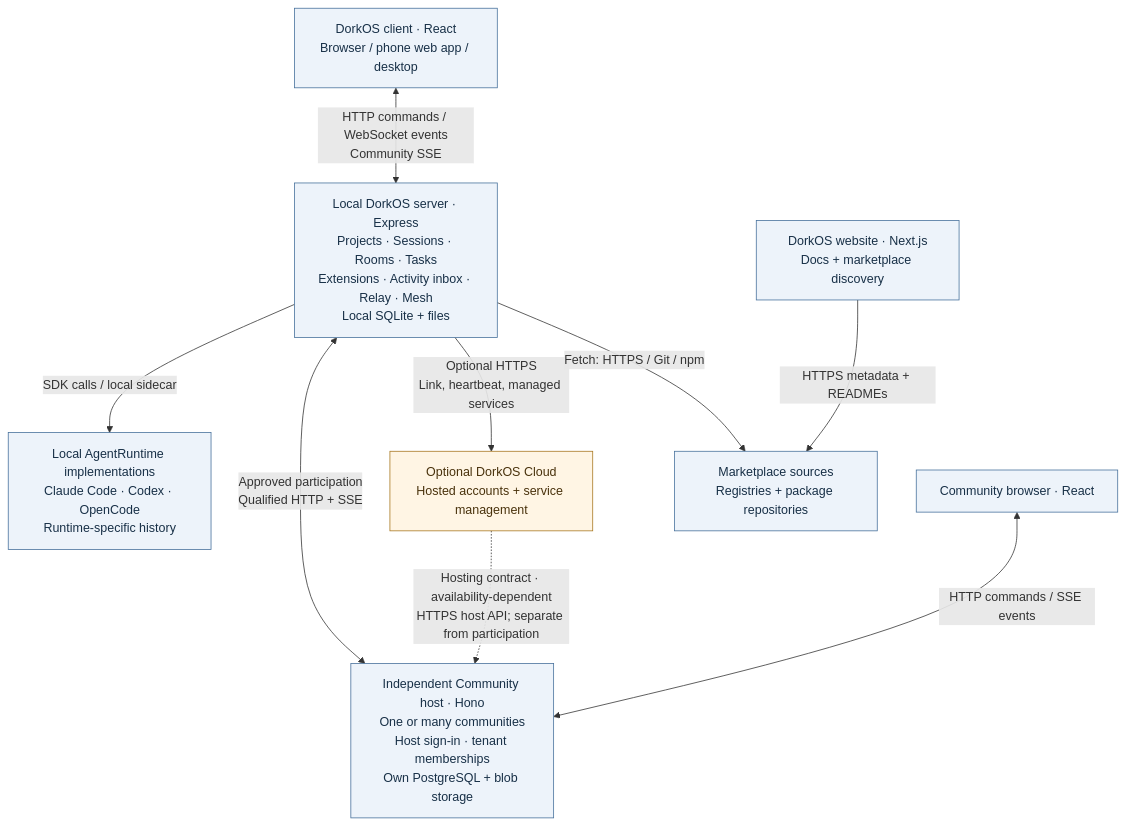
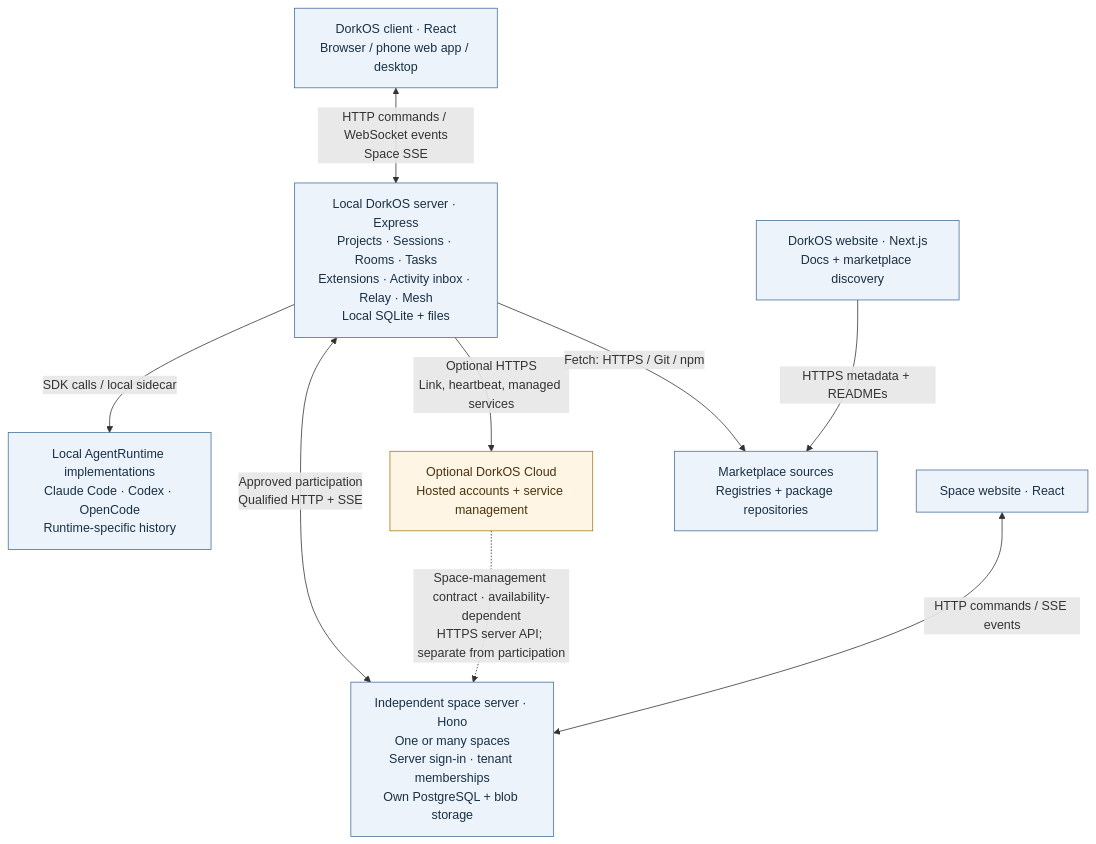
Before and after one commit to dork-labs/dorkos: the diagram in contributing/diagrams/architecture/system-context.mmd, drawn with Mermaid. The commit also changed 174 other files, not shown here.

First line of the commit message:
Say space on the space website and in the launcher output (DOR-2653) (#2477)

```diff
--- a/contributing/diagrams/architecture/system-context.mmd
+++ b/contributing/diagrams/architecture/system-context.mmd
@@ -1,23 +1,23 @@
 flowchart TB
   accTitle: DorkOS systems and deployment boundaries
-  accDescr: The client reaches the local execution server. Independent Community hosts serve multiple communities. Cloud hosting management uses a separate public host API contract; rollout is independent of local implementation. Marketplace discovery and installation use the same package sources.
+  accDescr: The client reaches the local execution server. Independent space servers serve one or many spaces. Cloud space management uses a separate public server API contract; rollout is independent of local implementation. Marketplace discovery and installation use the same package sources.
   client["DorkOS client · React<br/>Browser / phone web app / desktop"]
   server["Local DorkOS server · Express<br/>Projects · Sessions · Rooms · Tasks<br/>Extensions · Activity inbox · Relay · Mesh<br/>Local SQLite + files"]
   runtime["Local AgentRuntime implementations<br/>Claude Code · Codex · OpenCode<br/>Runtime-specific history"]
   cloud["Optional DorkOS Cloud<br/>Hosted accounts + service management"]
-  community["Independent Community host · Hono<br/>One or many communities<br/>Host sign-in · tenant memberships<br/>Own PostgreSQL + blob storage"]
-  communityUI["Community browser · React"]
+  community["Independent space server · Hono<br/>One or many spaces<br/>Server sign-in · tenant memberships<br/>Own PostgreSQL + blob storage"]
+  communityUI["Space website · React"]
   sources["Marketplace sources<br/>Registries + package repositories"]
   site["DorkOS website · Next.js<br/>Docs + marketplace discovery"]
-  client <-->|"HTTP commands / WebSocket events<br/>Community SSE"| server
+  client <-->|"HTTP commands / WebSocket events<br/>Space SSE"| server
   server -->|"SDK calls / local sidecar"| runtime
   server -->|"Optional HTTPS<br/>Link, heartbeat, managed services"| cloud
   server <-->|"Approved participation<br/>Qualified HTTP + SSE"| community
-  cloud -.->|"Hosting contract · availability-dependent<br/>HTTPS host API; separate from participation"| community
+  cloud -.->|"Space-management contract · availability-dependent<br/>HTTPS server API; separate from participation"| community
   communityUI <-->|"HTTP commands / SSE events"| community
   server -->|"Fetch: HTTPS / Git / npm"| sources
   site -->|"HTTPS metadata + READMEs"| sources
   classDef service fill:#edf3fa,stroke:#46709b,color:#183047
   classDef hosted fill:#fff5e4,stroke:#a87720,color:#49320c
   class server,community,runtime,client,communityUI,site,sources service
   class cloud hosted
```
